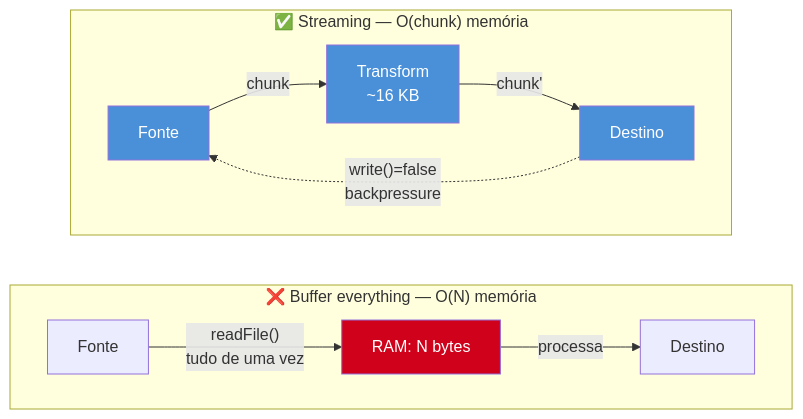
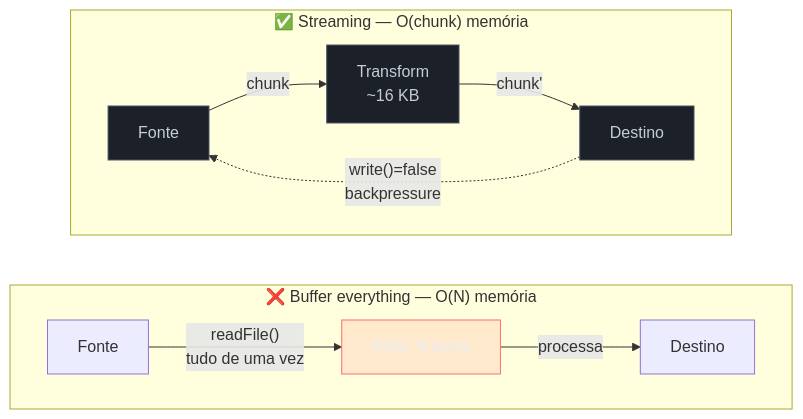
Before and after one commit to josenaldo/codex-technomanticus: the diagram in 03-Dominios/Tecnologia/Node/Streams/01 - Por que streams.md, drawn with Mermaid. The commit also changed 1181 other files, not shown here.

First line of the commit message:
fix(diagramas): paleta do sistema no lugar de cor cravada no markdown

````diff
--- a/03-Dominios/Tecnologia/Node/Streams/01 - Por que streams.md
+++ b/03-Dominios/Tecnologia/Node/Streams/01 - Por que streams.md
@@ -117,18 +117,20 @@
 ```mermaid
 flowchart LR
+    classDef falha fill:#FF6B6B24,stroke:#FF6B6B,color:#E9ECF2
+    classDef neutro fill:#1B2029,stroke:#4E5666,color:#C6CCD8
     subgraph BE["❌ Buffer everything — O(N) memória"]
         direction LR
         s1["Fonte"] -->|"readFile()\ntudo de uma vez"| m1["RAM: N bytes"]
         m1 -->|"processa"| d1["Destino"]
     end
     subgraph ST["✅ Streaming — O(chunk) memória"]
         direction LR
         s2["Fonte"] -->|"chunk"| t["Transform\n~16 KB"]
         t -->|"chunk'"| d2["Destino"]
         d2 -..->|"write()=false\nbackpressure"| s2
     end
-    style m1 fill:#D0021B,color:#fff
-    style t fill:#4A90D9,color:#fff
-    style s2 fill:#4A90D9,color:#fff
-    style d2 fill:#4A90D9,color:#fff
+    class m1 falha
+    class t neutro
+    class s2 neutro
+    class d2 neutro
 ```
````
